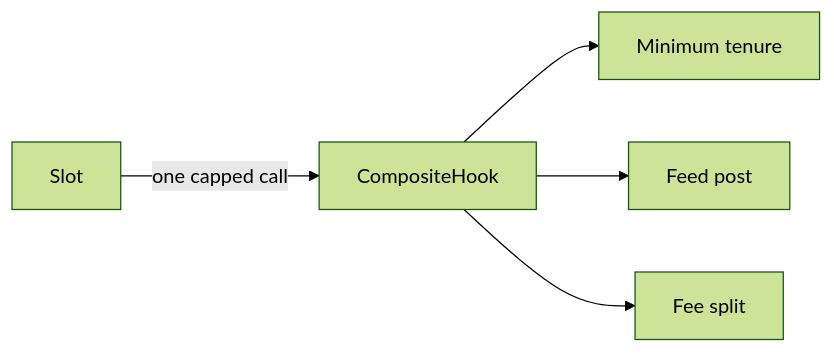
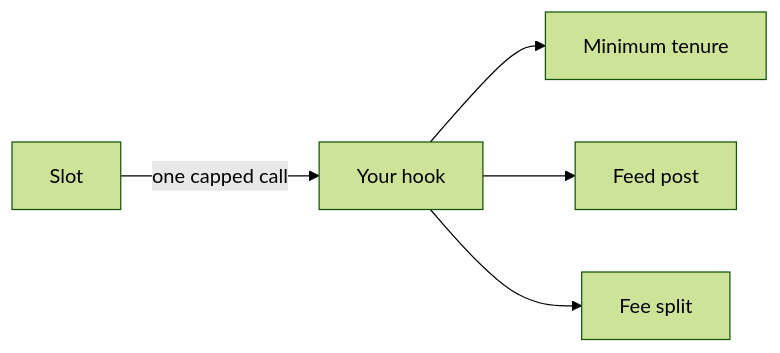
One commit to nezz0746/0xSlots changed the third of 3 diagrams in apps/docs/docs/pages/concepts/hooks.mdx. Above: the diagram before and after it, drawn with Mermaid (forest theme). The commit also changed other lines of this file and 19 other files, not shown here.

First line of the commit message:
refactor: remove CompositeHook references and update documentation

````diff
--- a/apps/docs/docs/pages/concepts/hooks.mdx
+++ b/apps/docs/docs/pages/concepts/hooks.mdx
@@ -144,7 +145,7 @@
 ```mermaid
 flowchart LR
-    Slot -->|one capped call| C["CompositeHook"]
-    C --> H1["Minimum tenure"]
-    C --> H2["Feed post"]
-    C --> H3["Fee split"]
+    Slot -->|one capped call| H["Your hook"]
+    H --> B1["Minimum tenure"]
+    H --> B2["Feed post"]
+    H --> B3["Fee split"]
 ```
````
